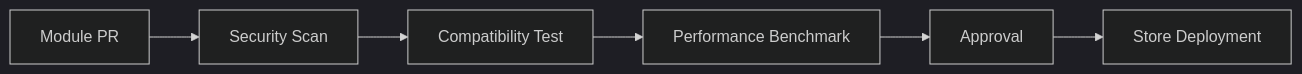
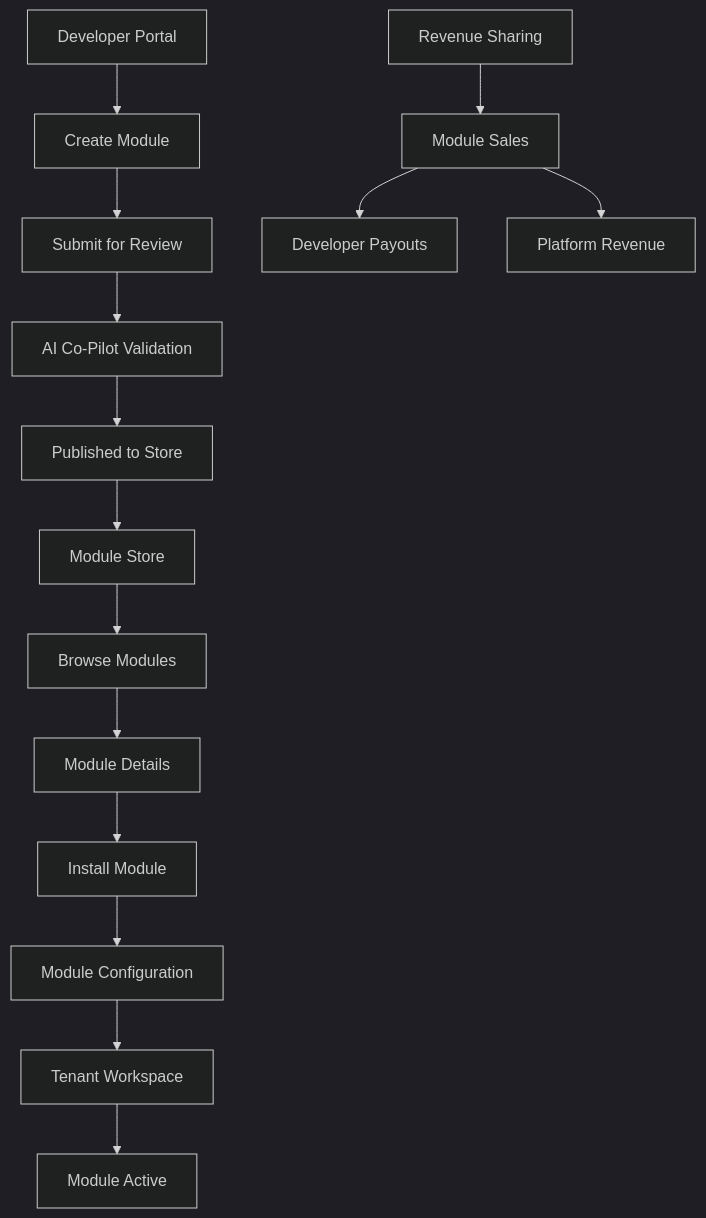
Before and after one commit to pohlai88/aibos_engine: the second of 2 diagrams in README.md, drawn with Mermaid (dark theme). The commit also changed other lines of this file and 13 other files, not shown here.

````diff
--- a/README.md
+++ b/README.md
@@ -130,8 +68,19 @@
 ```mermaid
-graph LR
-    A[Module PR] --> B[Security Scan]
-    B --> C[Compatibility Test]
-    C --> D[Performance Benchmark]
-    D --> E[Approval]
-    E --> F[Store Deployment]
+graph TD
+    A[Module Store] --> B[Browse Modules]
+    B --> C[Module Details]
+    C --> D[Install Module]
+    D --> E[Module Configuration]
+    E --> F[Tenant Workspace]
+    F --> G[Module Active]
+    
+    H[Developer Portal] --> I[Create Module]
+    I --> J[Submit for Review]
+    J --> K[AI Co-Pilot Validation]
+    K --> L[Published to Store]
+    L --> A
+    
+    M[Revenue Sharing] --> N[Module Sales]
+    N --> O[Developer Payouts]
+    N --> P[Platform Revenue]
 ```
````
